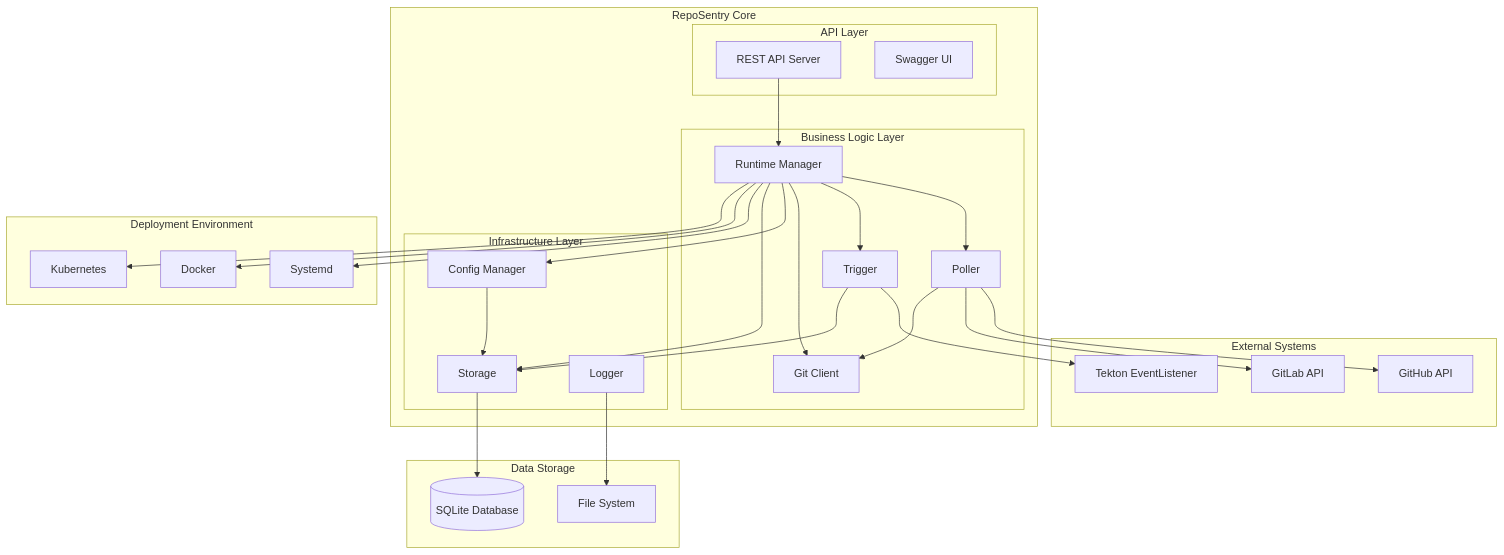
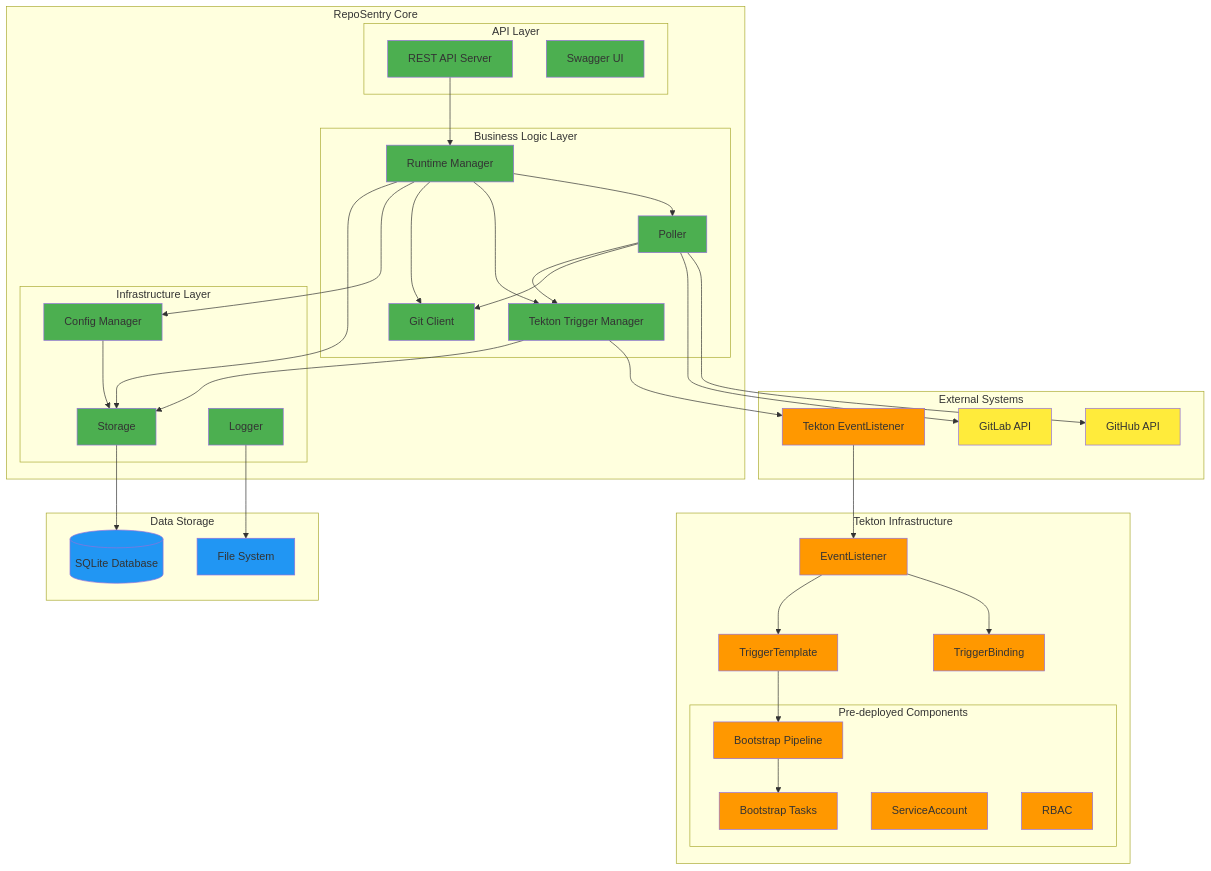
One commit to johnnynv/RepoSentry changed the first of 7 diagrams in docs/en/architecture.md. Above: the diagram before and after it, drawn with Mermaid. The commit also changed other lines of this file and 53 other files, not shown here.

````diff
--- a/docs/en/architecture.md
+++ b/docs/en/architecture.md
@@ -25,7 +25,7 @@
         subgraph "Business Logic Layer"
             RT[Runtime Manager]
             PL[Poller]
-            TR[Trigger]
+            TM[Tekton Trigger Manager]
             GC[Git Client]
         end
         
@@ -36,40 +36,59 @@
         end
     end
     
+    subgraph "Tekton Infrastructure"
+        subgraph "Pre-deployed Components"
+            BP[Bootstrap Pipeline]
+            BT[Bootstrap Tasks]
+            SA[ServiceAccount]
+            RB[RBAC]
+        end
+        EL[EventListener]
+        TB[TriggerBinding]
+        TT[TriggerTemplate]
+    end
+    
     subgraph "Data Storage"
         DB[(SQLite Database)]
         FS[File System]
     end
     
-    subgraph "Deployment Environment"
-        SY[Systemd]
-        DK[Docker]
-        K8[Kubernetes]
-    end
-    
     %% External connections
     PL --> GH
     PL --> GL
-    TR --> TK
+    TM --> TK
     
     %% Internal connections
     API --> RT
     RT --> PL
-    RT --> TR
+    RT --> TM
     RT --> GC
     RT --> CF
     RT --> ST
     
     PL --> GC
-    TR --> ST
+    PL --> TM
+    TM --> ST
     CF --> ST
+    
+    %% Tekton integration
+    TK --> EL
+    EL --> TB
+    EL --> TT
+    TT --> BP
+    BP --> BT
     
     %% Data storage
     ST --> DB
     LG --> FS
     
-    %% Deployment
-    RT --> SY
-    RT --> DK
-    RT --> K8
+    classDef external fill:#ffeb3b
+    classDef core fill:#4caf50
+    classDef tekton fill:#ff9800
+    classDef data fill:#2196f3
+    
+    class GH,GL external
+    class API,SW,RT,PL,TM,GC,CF,ST,LG core
+    class BP,BT,SA,RB,EL,TB,TT,TK tekton
+    class DB,FS data
 ```
````
